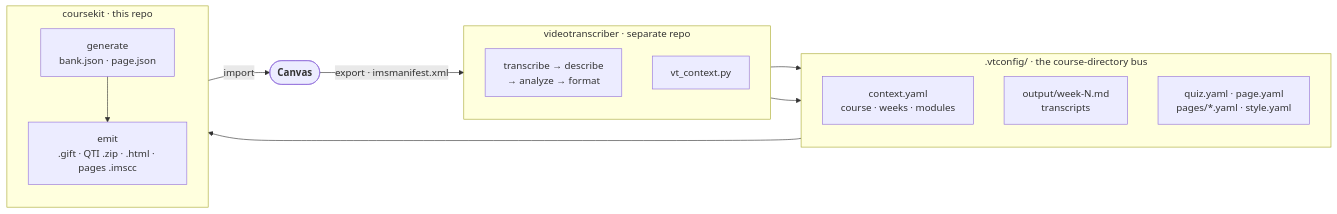
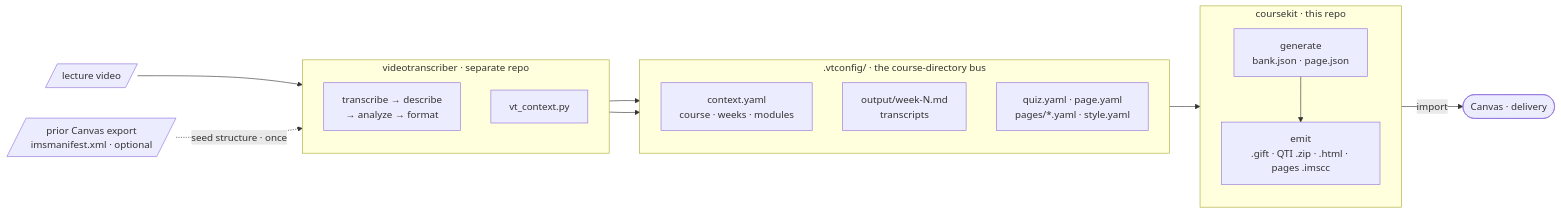
The first of 3 diagrams in agent/architecture.md (andrew-atkinson/quizbot), drawn with Mermaid before and after one commit. The commit also changed other lines of this file, not shown here.

Commit message:
updates: (again) some aspects of the dependency graph and pipeline

````diff
--- a/agent/architecture.md
+++ b/agent/architecture.md
@@ -20,30 +20,34 @@
 ```mermaid
 flowchart LR
-    canvas(["<b>Canvas</b>"])
+    media[/"lecture video"/]
+    seed[/"prior Canvas export<br/>imsmanifest.xml · optional"/]
 
     subgraph VT [" videotranscriber · separate repo "]
         direction TB
         vtpipe["transcribe → describe<br/>→ analyze → format"]
         vtctx["vt_context.py"]
     end
 
     subgraph BUS [" .vtconfig/ · the course-directory bus "]
         direction TB
         ctx["context.yaml<br/>course · weeks · modules"]
         md["output/week-N.md<br/>transcripts"]
         cfg["quiz.yaml · page.yaml<br/>pages/*.yaml · style.yaml"]
     end
 
     subgraph CK [" coursekit · this repo "]
         direction TB
         gen["generate<br/>bank.json · page.json"]
         emit["emit<br/>.gift · QTI .zip · .html · pages .imscc"]
         gen --> emit
     end
 
-    canvas -- "export · imsmanifest.xml" --> vtctx
+    canvas([" Canvas · delivery "])
+
+    media --> vtpipe
+    seed -. "seed structure · once" .-> vtctx
     vtpipe --> md
     vtctx --> ctx
     BUS --> CK
     emit -- "import" --> canvas
 ```
````
